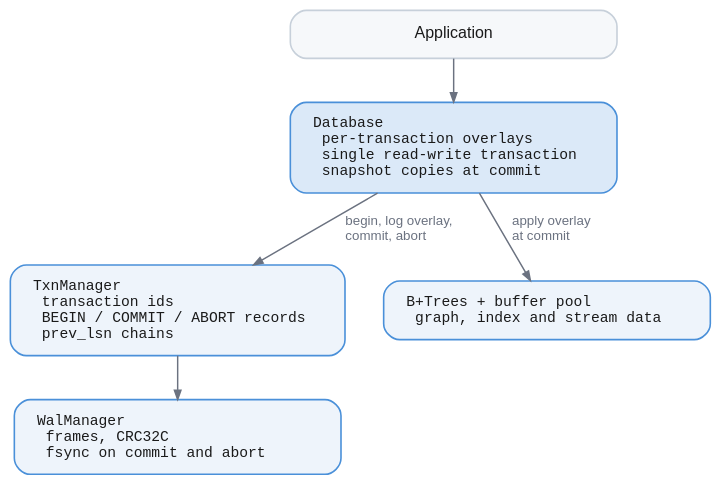
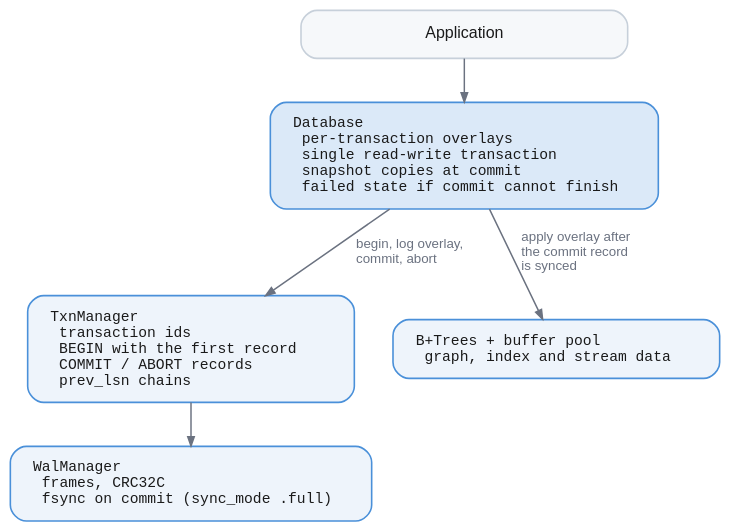
One commit to jeffhajewski/latticedb changed the diagram in book/diagrams/txn-manager-integration.dot. Above: the diagram before and after it, drawn with Graphviz. The commit also changed 20 other files, not shown here.

First line of the commit message:
Describe the journaled flush and current commit path in the storage pages

```diff
--- a/book/diagrams/txn-manager-integration.dot
+++ b/book/diagrams/txn-manager-integration.dot
@@ -1,31 +1,32 @@
 // Where the transaction manager sits: the Database owns overlays and applies
-// committed changes; the transaction manager only writes log records.
+// committed changes once the commit record is synced; the transaction manager
+// only writes log records, TXN_BEGIN lazily with a transaction's first record.
 digraph txn_manager_integration {
   bgcolor="transparent"
   rankdir=TB
   nodesep=0.4
   ranksep=0.45
   fontname="Helvetica,Arial,sans-serif"
   node [shape=box style="filled,rounded" fillcolor="#eef4fb" color="#4a90d9"
         penwidth=1.2 fontname="Helvetica,Arial,sans-serif" fontsize=12
         fontcolor="#1a1a1a" margin="0.24,0.14" width=3.4]
   edge [color="#6b7280" penwidth=1.1 arrowsize=0.7
         fontname="Helvetica,Arial,sans-serif" fontsize=10 fontcolor="#6b7280"]
 
   app [label="Application" fillcolor="#f6f8fa" color="#c7d0da"]
-  db  [label="Database\l  per-transaction overlays\l  single read-write transaction\l  snapshot copies at commit\l"
+  db  [label="Database\l  per-transaction overlays\l  single read-write transaction\l  snapshot copies at commit\l  failed state if commit cannot finish\l"
        fillcolor="#dbe9f8" fontname="Menlo,Consolas,monospace" fontsize=11]
-  tm  [label="TxnManager\l  transaction ids\l  BEGIN / COMMIT / ABORT records\l  prev_lsn chains\l"
+  tm  [label="TxnManager\l  transaction ids\l  BEGIN with the first record\l  COMMIT / ABORT records\l  prev_lsn chains\l"
        fontname="Menlo,Consolas,monospace" fontsize=11]
-  wal [label="WalManager\l  frames, CRC32C\l  fsync on commit and abort\l"
+  wal [label="WalManager\l  frames, CRC32C\l  fsync on commit (sync_mode .full)\l"
        fontname="Menlo,Consolas,monospace" fontsize=11]
   storage [label="B+Trees + buffer pool\l  graph, index and stream data\l"
            fontname="Menlo,Consolas,monospace" fontsize=11]
 
   app -> db
   db -> tm  [label="  begin, log overlay,\l  commit, abort\l"]
   tm -> wal
-  db -> storage [label="  apply overlay\l  at commit\l"]
+  db -> storage [label="  apply overlay after\l  the commit record\l  is synced\l"]
 
   { rank=same; tm; storage }
 }
```
